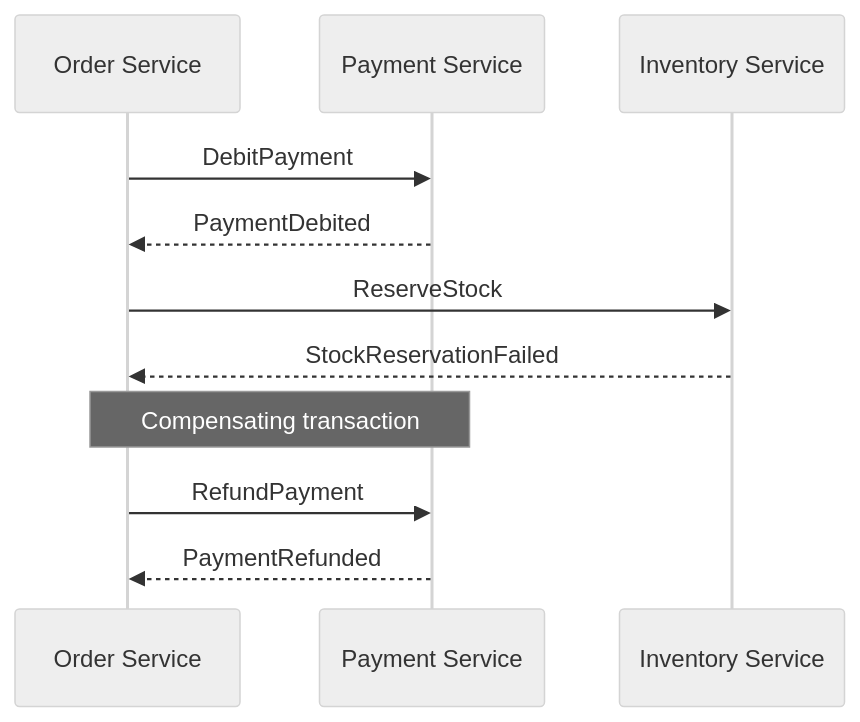
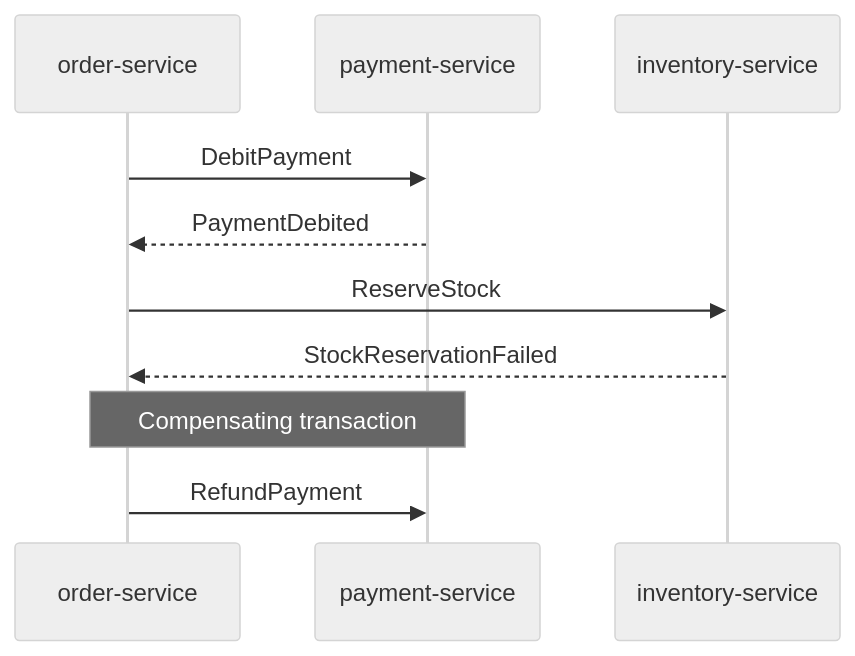
One commit to himnay/learning-design-pattern changed the fourth of 4 diagrams in microservice-patterns/README.md. Above: the diagram before and after it, drawn with Mermaid (neutral theme). The commit also changed other lines of this file and 25 other files, not shown here.

````diff
--- a/microservice-patterns/README.md
+++ b/microservice-patterns/README.md
@@ -131,14 +175,13 @@
 ```mermaid
 sequenceDiagram
-    participant Order as Order Service
-    participant Payment as Payment Service
-    participant Inventory as Inventory Service
+    participant Order as order-service
+    participant Payment as payment-service
+    participant Inventory as inventory-service
 
     Order->>Payment: DebitPayment
     Payment-->>Order: PaymentDebited
     Order->>Inventory: ReserveStock
     Inventory-->>Order: StockReservationFailed
     Note over Order,Payment: Compensating transaction
     Order->>Payment: RefundPayment
-    Payment-->>Order: PaymentRefunded
 ```
````
